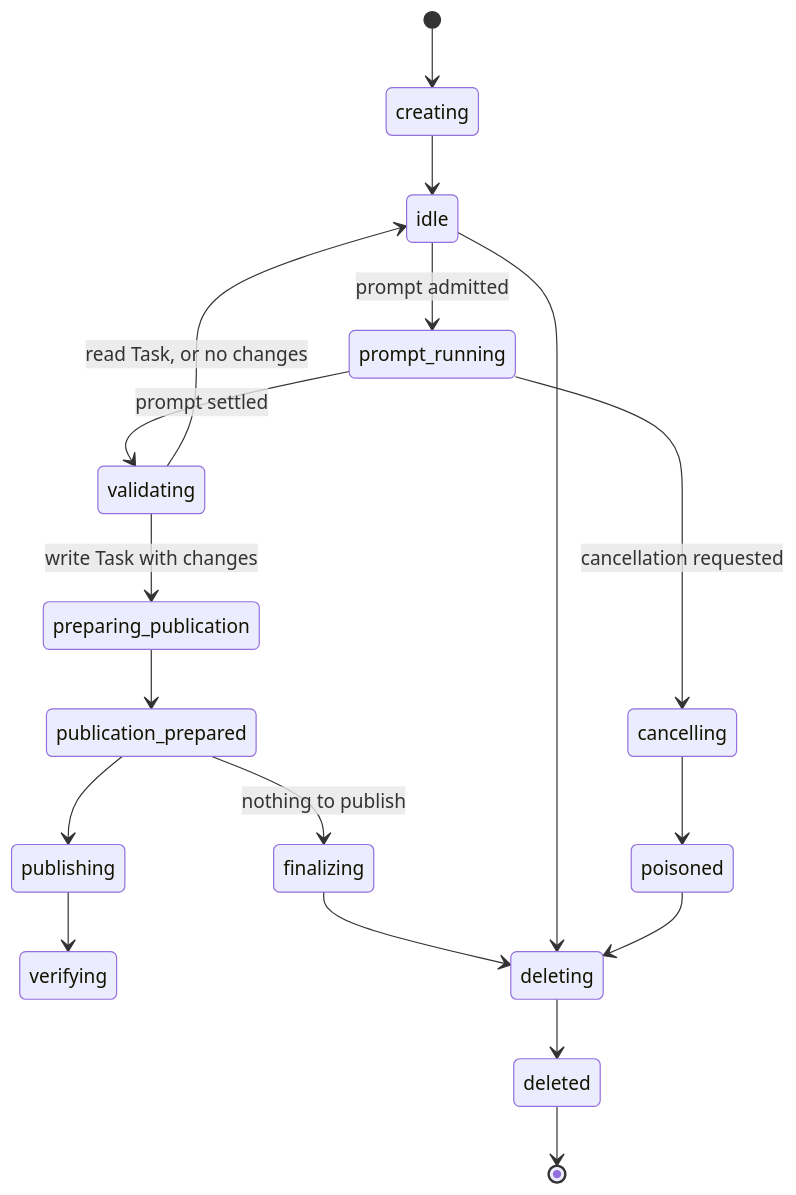
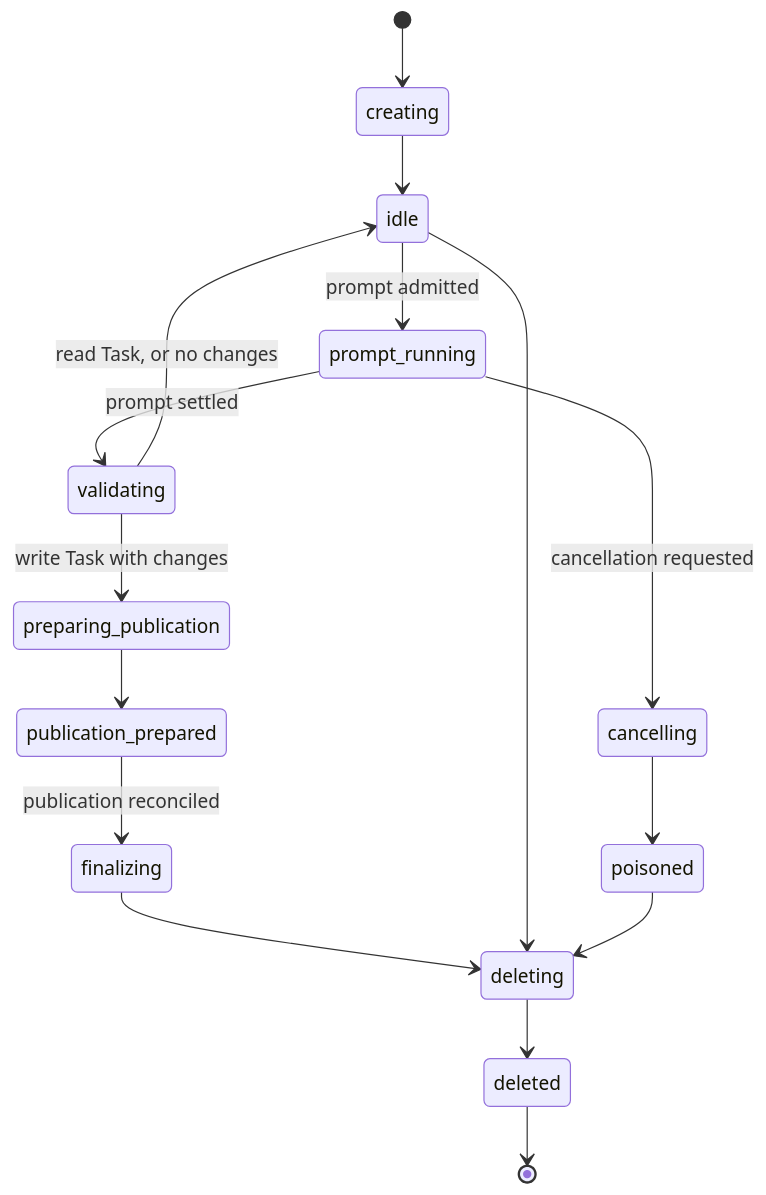
One commit to orka-agents/orka changed the second of 3 diagrams in website/docs/concepts/agent-runtimes.md. Above: the diagram before and after it, drawn with Mermaid. The commit also changed other lines of this file and 5 other files, not shown here.

````diff
--- a/website/docs/concepts/agent-runtimes.md
+++ b/website/docs/concepts/agent-runtimes.md
@@ -107,23 +107,21 @@
 ```mermaid
 stateDiagram-v2
     [*] --> creating
     creating --> idle
     idle --> prompt_running: prompt admitted
     prompt_running --> validating: prompt settled
     validating --> idle: read Task, or no changes
     validating --> preparing_publication: write Task with changes
 
     preparing_publication --> publication_prepared
-    publication_prepared --> publishing
-    publication_prepared --> finalizing: nothing to publish
-    publishing --> verifying
+    publication_prepared --> finalizing: publication reconciled
     finalizing --> deleting
 
     idle --> deleting
     deleting --> deleted
     deleted --> [*]
 
     prompt_running --> cancelling: cancellation requested
     cancelling --> poisoned
     poisoned --> deleting
 ```
````
